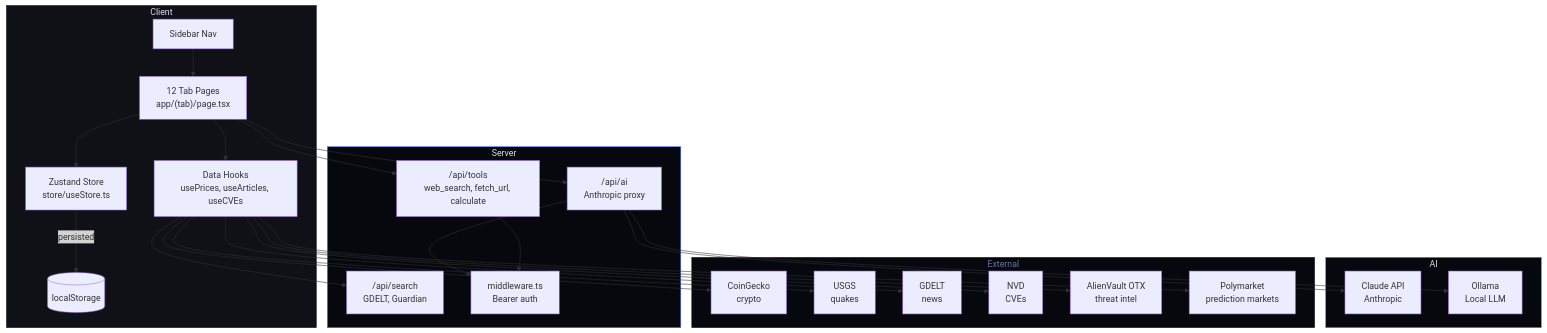
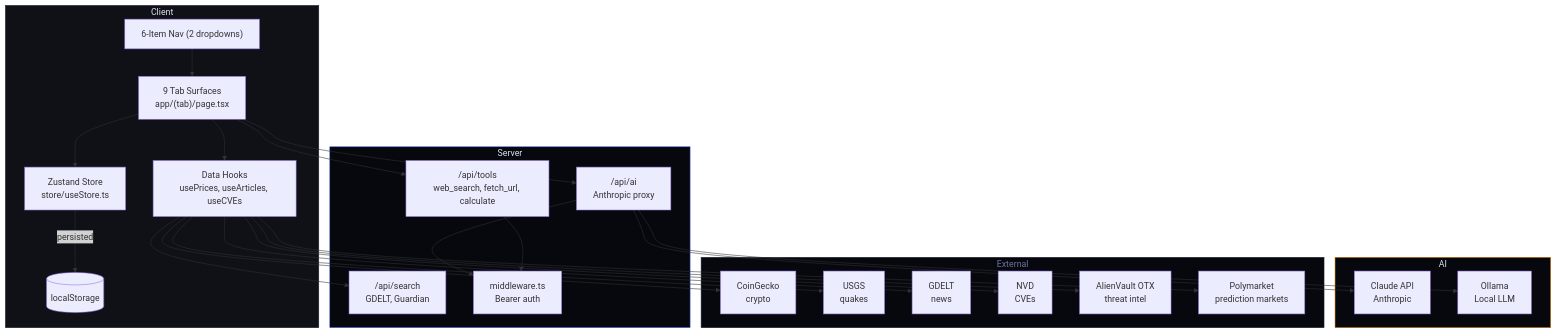
One commit to mad818/personal changed the second of 2 diagrams in README.md. Above: the diagram before and after it, drawn with Mermaid. The commit also changed other lines of this file and 2 other files, not shown here.

First line of the commit message:
ux: condense nav from 9 tabs to 6 items with dropdown groups

````diff
--- a/README.md
+++ b/README.md
@@ -117,49 +104,49 @@
 ```mermaid
 flowchart TD
     subgraph Client
-        NAV["Sidebar Nav"] --> TABS["12 Tab Pages<br/>app/(tab)/page.tsx"]
+        NAV["6-Item Nav (2 dropdowns)"] --> TABS["9 Tab Surfaces<br/>app/(tab)/page.tsx"]
         TABS --> STORE["Zustand Store<br/>store/useStore.ts"]
         STORE -->|persisted| LS[("localStorage")]
         TABS --> HOOKS["Data Hooks<br/>usePrices, useArticles, useCVEs"]
     end
 
     subgraph Server
         API_AI["/api/ai<br/>Anthropic proxy"]
         API_TOOLS["/api/tools<br/>web_search, fetch_url, calculate"]
         API_SEARCH["/api/search<br/>GDELT, Guardian"]
         MIDDLEWARE["middleware.ts<br/>Bearer auth"]
     end
 
     subgraph AI
         CLAUDE["Claude API<br/>Anthropic"]
         OLLAMA["Ollama<br/>Local LLM"]
     end
 
     subgraph External
         CG["CoinGecko<br/>crypto"]
         USGS["USGS<br/>quakes"]
         GDELT["GDELT<br/>news"]
         NVD["NVD<br/>CVEs"]
         OTX["AlienVault OTX<br/>threat intel"]
         POLY["Polymarket<br/>prediction markets"]
     end
 
     HOOKS --> API_SEARCH
     TABS --> API_AI
     TABS --> API_TOOLS
     API_AI --> MIDDLEWARE
     API_TOOLS --> MIDDLEWARE
     API_AI --> CLAUDE
     API_AI --> OLLAMA
     HOOKS --> CG
     HOOKS --> USGS
     HOOKS --> GDELT
     HOOKS --> NVD
     HOOKS --> OTX
     HOOKS --> POLY
 
     style Client fill:#0f1117,stroke:#1e2233,color:#dde1f0
     style Server fill:#07080d,stroke:#4f6ef7,color:#dde1f0
     style AI fill:#07080d,stroke:#d97706,color:#dde1f0
     style External fill:#07080d,stroke:#1e2233,color:#6875a0
 ```
````
